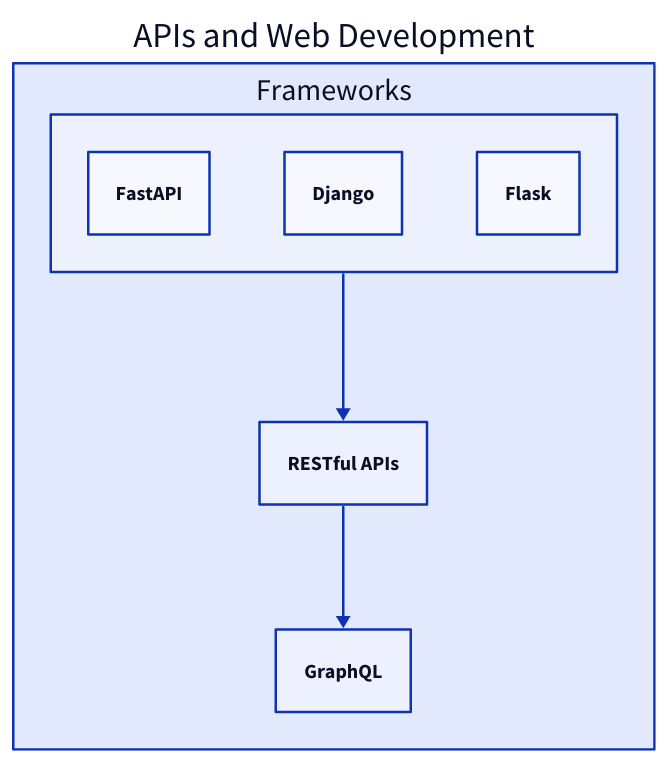
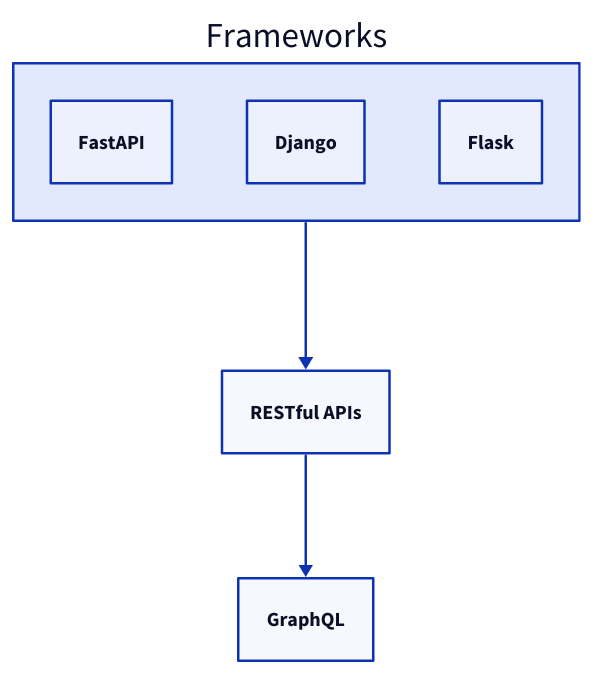
One commit to maycuatroi/blog changed the diagram in blogs/computer-vision-road-map/apis_web_development.d2. Above: the diagram before and after it, drawn with D2. The commit also changed other lines of this file and 21 other files, not shown here.

Commit message:
- update roadmap

```diff
--- a/blogs/computer-vision-road-map/apis_web_development.d2
+++ b/blogs/computer-vision-road-map/apis_web_development.d2
@@ -1,24 +1,23 @@
 
-apis_web_development: {
+
     label: "APIs and Web Development"
     frameworks: {
       label: "Frameworks"
       fastapi: {
         label: "FastAPI"
       }
       django: {
         label: "Django"
       }
       flask: {
         label: "Flask"
       }
     }
     restful_apis: {
       label: "RESTful APIs"
     }
     graphql: {
       label: "GraphQL"
     }
     restful_apis -> graphql
     frameworks -> restful_apis
-  }
```
